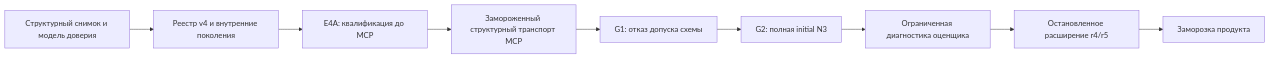
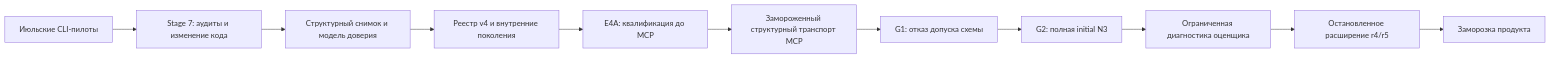
Before and after one commit to Vkuvalin/project-kb: the diagram in docs/DEVELOPMENT_HISTORY.md, drawn with Mermaid. The commit also changed other lines of this file and 16 other files, not shown here.

````diff
--- a/docs/DEVELOPMENT_HISTORY.md
+++ b/docs/DEVELOPMENT_HISTORY.md
@@ -17,11 +17,13 @@
 ```mermaid
 flowchart LR
-    A["Структурный снимок и модель доверия"] --> B["Реестр v4 и внутренние поколения"]
+    Pilot["Июльские CLI-пилоты"] --> Early["Stage 7: аудиты и изменение кода"]
+    Early --> A["Структурный снимок и модель доверия"]
+    A --> B["Реестр v4 и внутренние поколения"]
     B --> C["E4A: квалификация до MCP"]
     C --> D["Замороженный структурный транспорт MCP"]
     D --> E["G1: отказ допуска схемы"]
     E --> F["G2: полная initial N3"]
     F --> G["Ограниченная диагностика оценщика"]
     G --> H["Остановленное расширение r4/r5"]
     H --> I["Заморозка продукта"]
 ```
````
